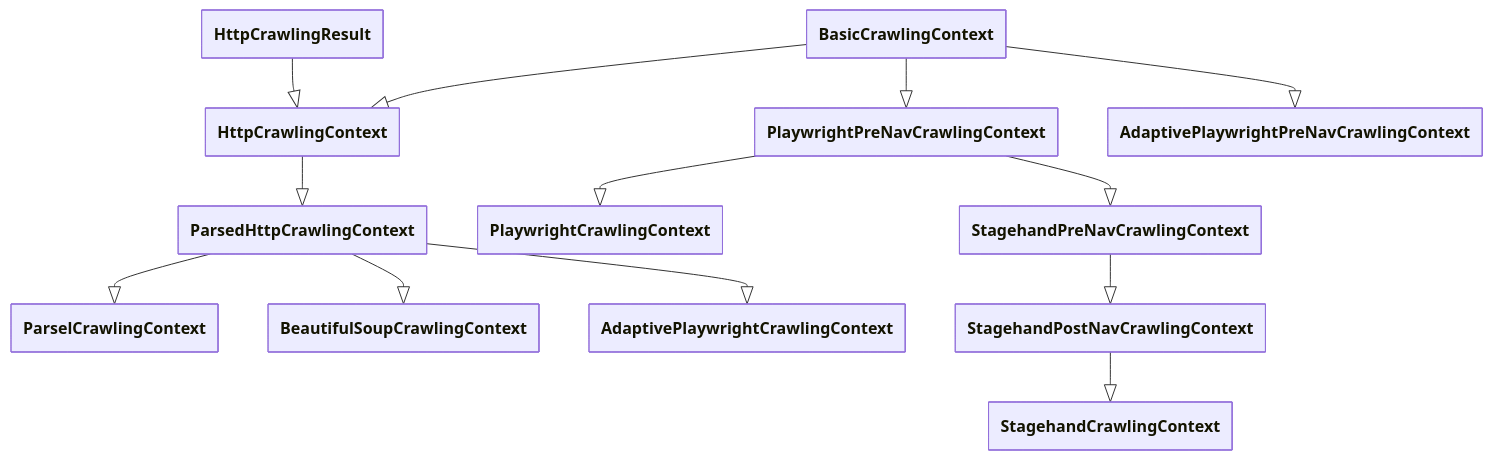
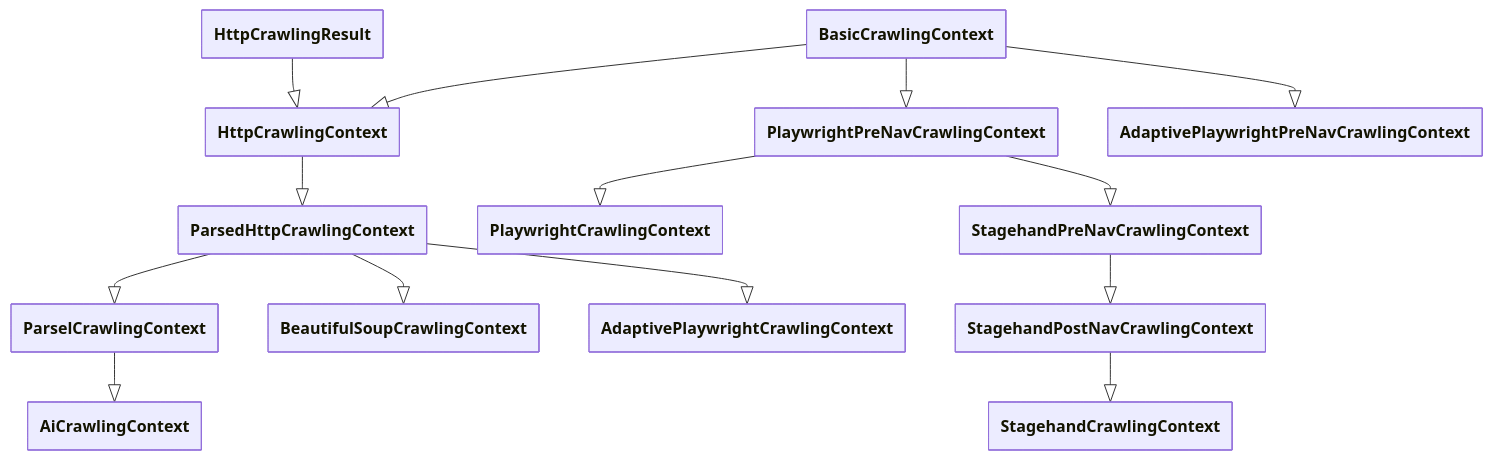
Before and after one commit to apify/crawlee-python: the second of 5 diagrams in docs/guides/architecture_overview.mdx, drawn with Mermaid. The commit also changed other lines of this file and 8 other files, not shown here.

````diff
--- a/docs/guides/architecture_overview.mdx
+++ b/docs/guides/architecture_overview.mdx
@@ -98,67 +102,71 @@
 ```mermaid
 ---
 config:
     class:
         hideEmptyMembersBox: true
 ---
 
 classDiagram
 
 %% ========================
 %% Classes
 %% ========================
 
 class BasicCrawlingContext
 
 class HttpCrawlingContext
 
 class HttpCrawlingResult
 
 class ParsedHttpCrawlingContext
 
 class ParselCrawlingContext
 
 class BeautifulSoupCrawlingContext
+
+class AiCrawlingContext
 
 class PlaywrightPreNavCrawlingContext
 
 class PlaywrightCrawlingContext
 
 class AdaptivePlaywrightPreNavCrawlingContext
 
 class AdaptivePlaywrightCrawlingContext
 
 class StagehandPreNavCrawlingContext
 
 class StagehandPostNavCrawlingContext
 
 class StagehandCrawlingContext
 
 %% ========================
 %% Inheritance arrows
 %% ========================
 
 BasicCrawlingContext --|> HttpCrawlingContext
 
 HttpCrawlingResult --|> HttpCrawlingContext
 
 HttpCrawlingContext --|> ParsedHttpCrawlingContext
 
 ParsedHttpCrawlingContext --|> ParselCrawlingContext
 
 ParsedHttpCrawlingContext --|> BeautifulSoupCrawlingContext
 
+ParselCrawlingContext --|> AiCrawlingContext
+
 BasicCrawlingContext --|> PlaywrightPreNavCrawlingContext
 
 PlaywrightPreNavCrawlingContext --|> PlaywrightCrawlingContext
 
 BasicCrawlingContext --|> AdaptivePlaywrightPreNavCrawlingContext
 
 ParsedHttpCrawlingContext --|> AdaptivePlaywrightCrawlingContext
 
 PlaywrightPreNavCrawlingContext --|> StagehandPreNavCrawlingContext
 
 StagehandPreNavCrawlingContext --|> StagehandPostNavCrawlingContext
 
 StagehandPostNavCrawlingContext --|> StagehandCrawlingContext
 ```
````
